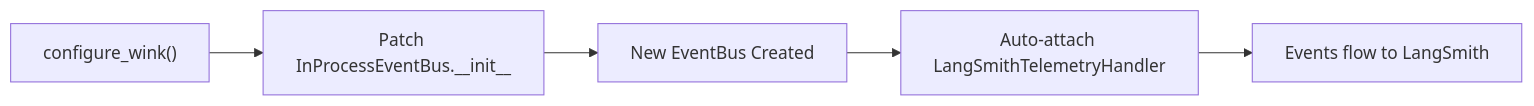
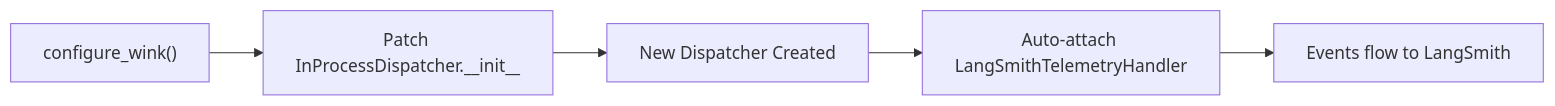
One commit to weakincentives/weakincentives changed the first of 6 diagrams in specs/LANGSMITH.md. Above: the diagram before and after it, drawn with Mermaid. The commit also changed other lines of this file and 80 other files, not shown here.

First line of the commit message:
Rename EventBus to Dispatcher with dispatch() returning DispatchResult

````diff
--- a/specs/LANGSMITH.md
+++ b/specs/LANGSMITH.md
@@ -42,7 +42,7 @@
 ```mermaid
 flowchart LR
-    Configure["configure_wink()"] --> Patch["Patch InProcessEventBus.__init__"]
-    Patch --> NewBus["New EventBus Created"]
+    Configure["configure_wink()"] --> Patch["Patch InProcessDispatcher.__init__"]
+    Patch --> NewBus["New Dispatcher Created"]
     NewBus --> Attach["Auto-attach LangSmithTelemetryHandler"]
     Attach --> Events["Events flow to LangSmith"]
 ```
````
